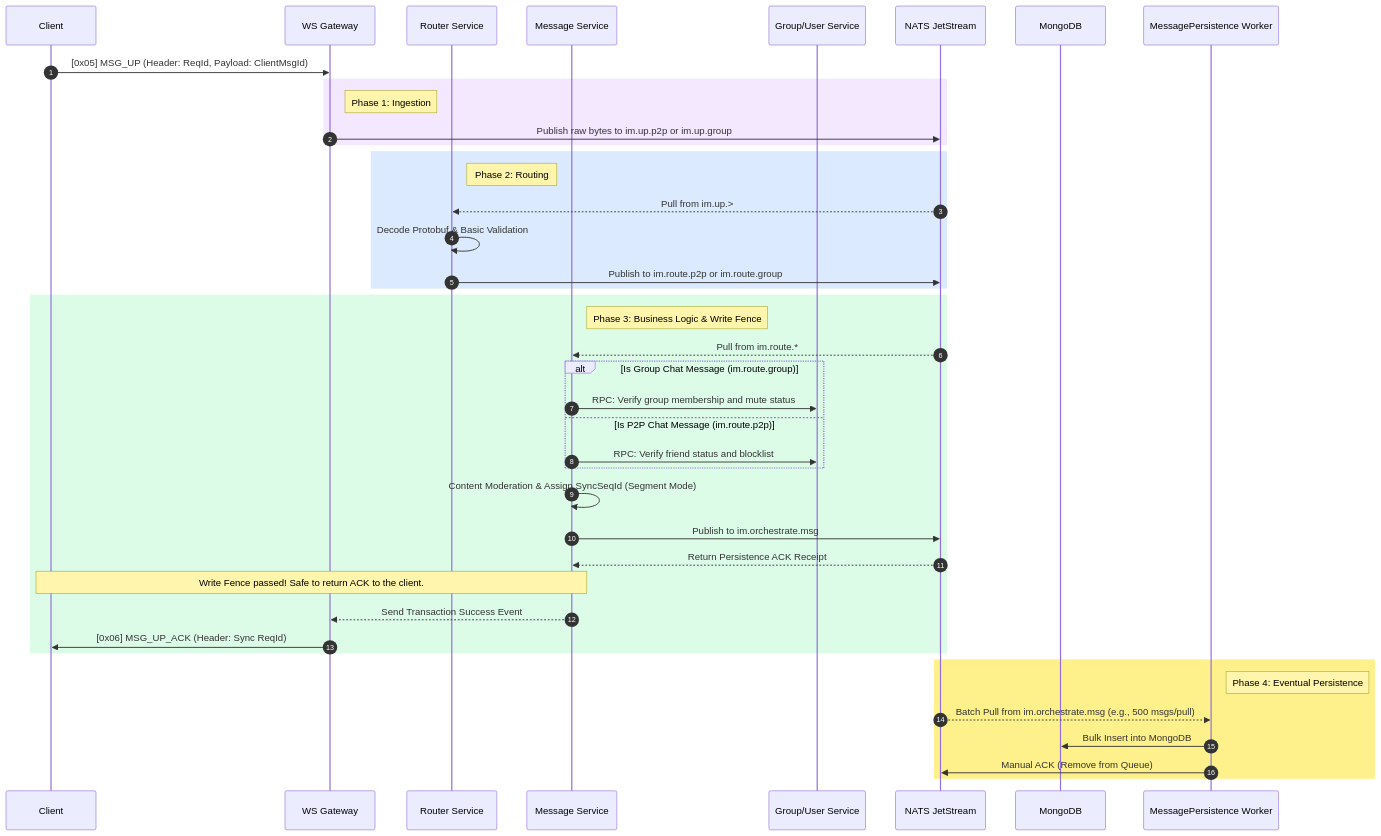
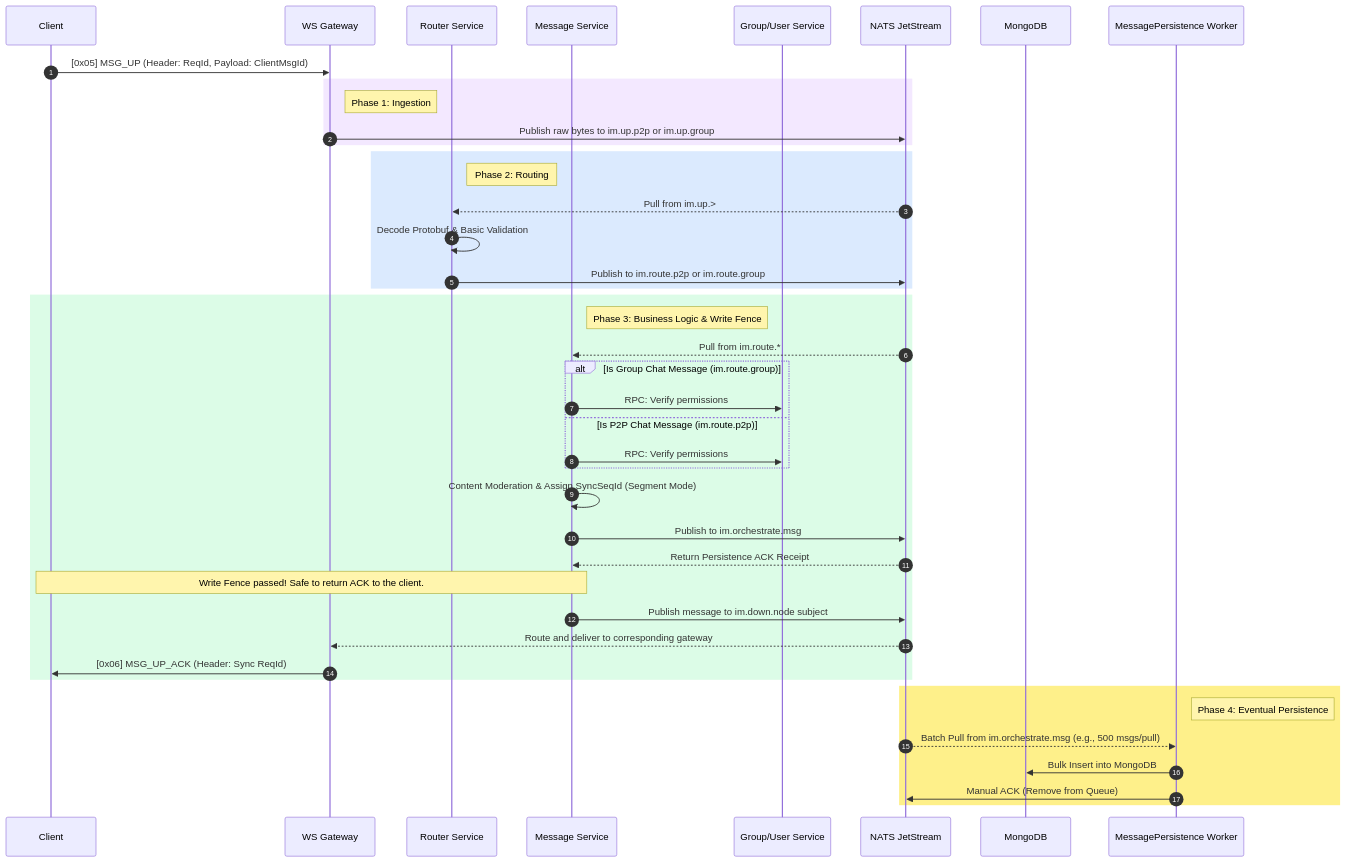
One commit to JamesWilson19970101/ocean.chat.docs changed the diagram in docs/devdocs/Bussiness Logic/Message sending and database storage.md. Above: the diagram before and after it, drawn with Mermaid. The commit also changed 72 other files, not shown here.

First line of the commit message:
ref(docs): reorganize devdocs and update architecture decision records

````diff
--- a/docs/devdocs/Bussiness Logic/Message sending and database storage.md
+++ b/docs/devdocs/Bussiness Logic/Message sending and database storage.md
@@ -60,49 +60,50 @@
 ```mermaid
 sequenceDiagram
     autonumber
     participant Client as Client
     participant Gateway as WS Gateway
     participant Router as Router Service
     participant Message as Message Service
     participant GroupUser as Group/User Service
     participant NATS as NATS JetStream
     participant DB as MongoDB
 
     Client->>Gateway: [0x05] MSG_UP (Header: ReqId, Payload: ClientMsgId)
 
     rect rgb(243, 232, 255)
         note right of Gateway: Phase 1: Ingestion
         Gateway->>NATS: Publish raw bytes to im.up.p2p or im.up.group
     end
 
     rect rgb(219, 234, 254)
         note right of Router: Phase 2: Routing
         NATS-->>Router: Pull from im.up.>
         Router->>Router: Decode Protobuf & Basic Validation
         Router->>NATS: Publish to im.route.p2p or im.route.group
     end
 
     rect rgb(220, 252, 231)
         note right of Message: Phase 3: Business Logic & Write Fence
         NATS-->>Message: Pull from im.route.*
         alt Is Group Chat Message (im.route.group)
-            Message->>GroupUser: RPC: Verify group membership and mute status
+            Message->>GroupUser: RPC: Verify permissions
         else Is P2P Chat Message (im.route.p2p)
-            Message->>GroupUser: RPC: Verify friend status and blocklist
+            Message->>GroupUser: RPC: Verify permissions
         end
         Message->>Message: Content Moderation & Assign SyncSeqId (Segment Mode)
         Message->>NATS: Publish to im.orchestrate.msg
         NATS-->>Message: Return Persistence ACK Receipt
 
         note over Message, Client: Write Fence passed! Safe to return ACK to the client.
-        Message-->>Gateway: Send Transaction Success Event
+        Message->>NATS: Publish message to im.down.node subject
+        NATS-->>Gateway: Route and deliver to corresponding gateway
         Gateway->>Client: [0x06] MSG_UP_ACK (Header: Sync ReqId)
     end
 
     rect rgb(254, 240, 138)
         note right of MessagePersistence Worker: Phase 4: Eventual Persistence
         NATS-->>MessagePersistence Worker: Batch Pull from im.orchestrate.msg (e.g., 500 msgs/pull)
         MessagePersistence Worker->>DB: Bulk Insert into MongoDB
         MessagePersistence Worker->>NATS: Manual ACK (Remove from Queue)
     end
 ```
````
